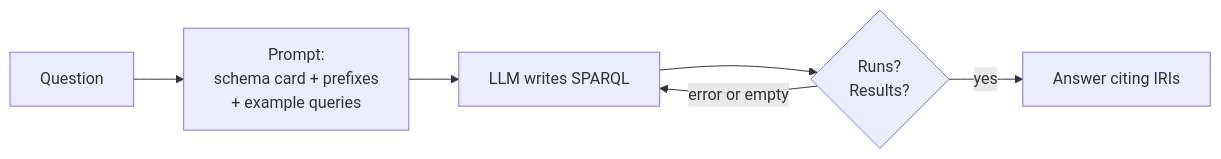
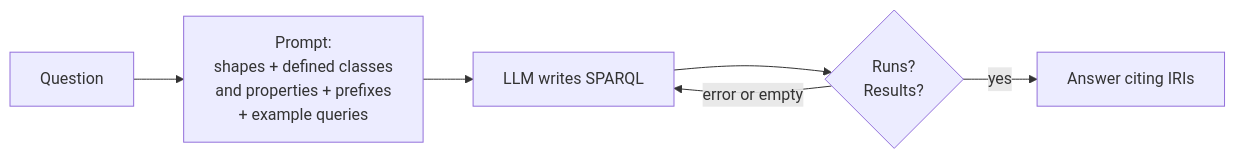
One commit to sdsc-ordes/rdf-training changed the diagram in src/slides/modules/m09-graph-rag/parts/08-text-to-sparql.md. Above: the diagram before and after it, drawn with Mermaid. The commit also changed other lines of this file and 2 other files, not shown here.

Commit message:
refactor(slides): replace schema card with shapes and defined classes

````diff
--- a/src/slides/modules/m09-graph-rag/parts/08-text-to-sparql.md
+++ b/src/slides/modules/m09-graph-rag/parts/08-text-to-sparql.md
@@ -7,8 +7,8 @@
 ```mermaid {scale: 0.68}
 graph LR
-  Q[Question] --> P[Prompt:<br/>schema card + prefixes<br/>+ example queries]
+  Q[Question] --> P[Prompt:<br/>shapes + defined classes<br/>and properties + prefixes<br/>+ example queries]
   P --> L[LLM writes SPARQL]
   L --> R{Runs?<br/>Results?}
   R -- "error or empty" --> L
   R -- yes --> A[Answer citing IRIs]
 ```
````
